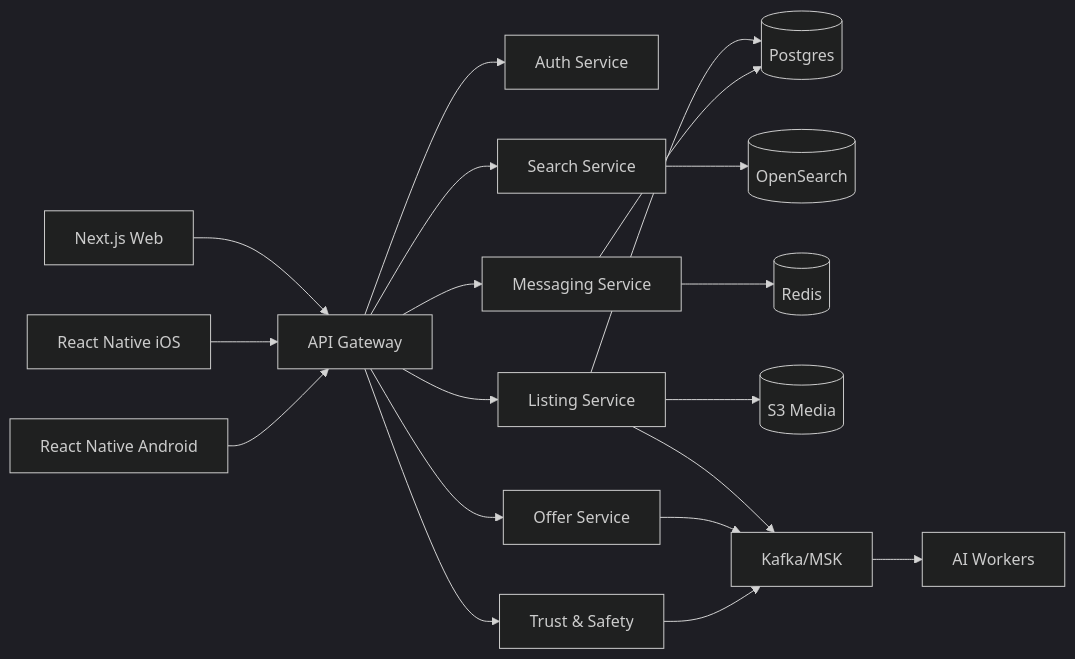
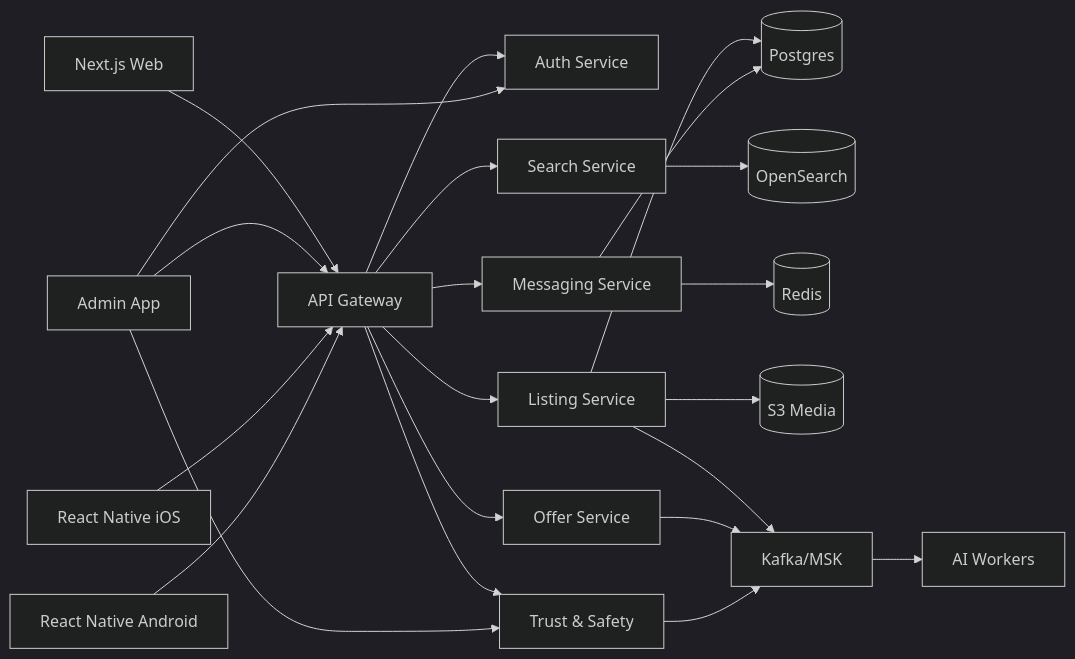
Before and after one commit to DagimTibebeselassie/Kerodex: the diagram in docs/architecture.md, drawn with Mermaid (dark theme). The commit also changed other lines of this file and 51 other files, not shown here.

Commit message:
Restore customer app and add admin dashboard

````diff
--- a/docs/architecture.md
+++ b/docs/architecture.md
@@ -27,21 +29,24 @@
 ```mermaid
 flowchart LR
   Web["Next.js Web"] --> Gateway["API Gateway"]
+  Admin["Admin App"] --> Gateway
   IOS["React Native iOS"] --> Gateway
   Android["React Native Android"] --> Gateway
   Gateway --> Auth["Auth Service"]
   Gateway --> Listings["Listing Service"]
   Gateway --> Search["Search Service"]
   Gateway --> Messaging["Messaging Service"]
   Gateway --> Offers["Offer Service"]
   Gateway --> Trust["Trust & Safety"]
   Listings --> Postgres[(Postgres)]
   Search --> OpenSearch[(OpenSearch)]
   Messaging --> Redis[(Redis)]
   Messaging --> Postgres
   Listings --> S3[(S3 Media)]
   Listings --> Events["Kafka/MSK"]
   Offers --> Events
   Trust --> Events
+  Admin --> Trust
+  Admin --> Auth
   Events --> AI["AI Workers"]
 ```
````
